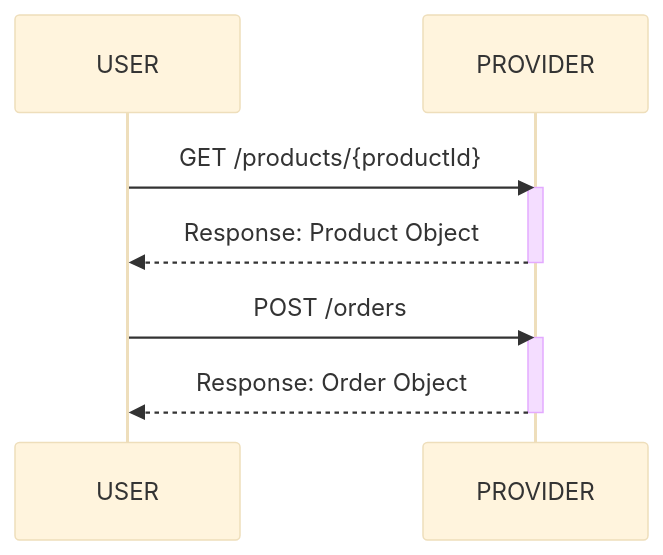
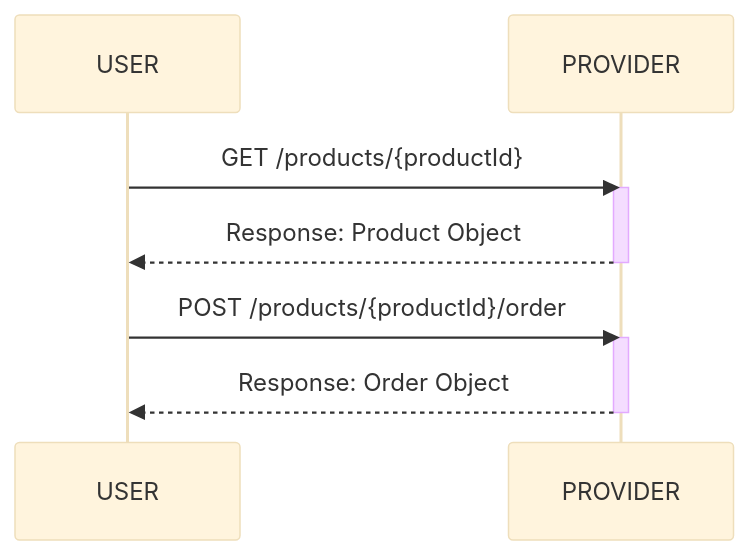
The third of 3 diagrams in README.md (stapi-spec/stapi-spec), drawn with Mermaid (base theme) before and after one commit. The commit also changed other lines of this file and 8 other files, not shown here.

````diff
--- a/README.md
+++ b/README.md
@@ -226,12 +226,12 @@
 ```mermaid
 sequenceDiagram
     USER->>PROVIDER: GET /products/{productId}
     activate PROVIDER
     PROVIDER-->>USER: Response: Product Object
     deactivate PROVIDER
 
-    USER->>PROVIDER: POST /orders
+    USER->>PROVIDER: POST /products/{productId}/order
     activate PROVIDER
     PROVIDER-->>USER: Response: Order Object
     deactivate PROVIDER
 ```
````
